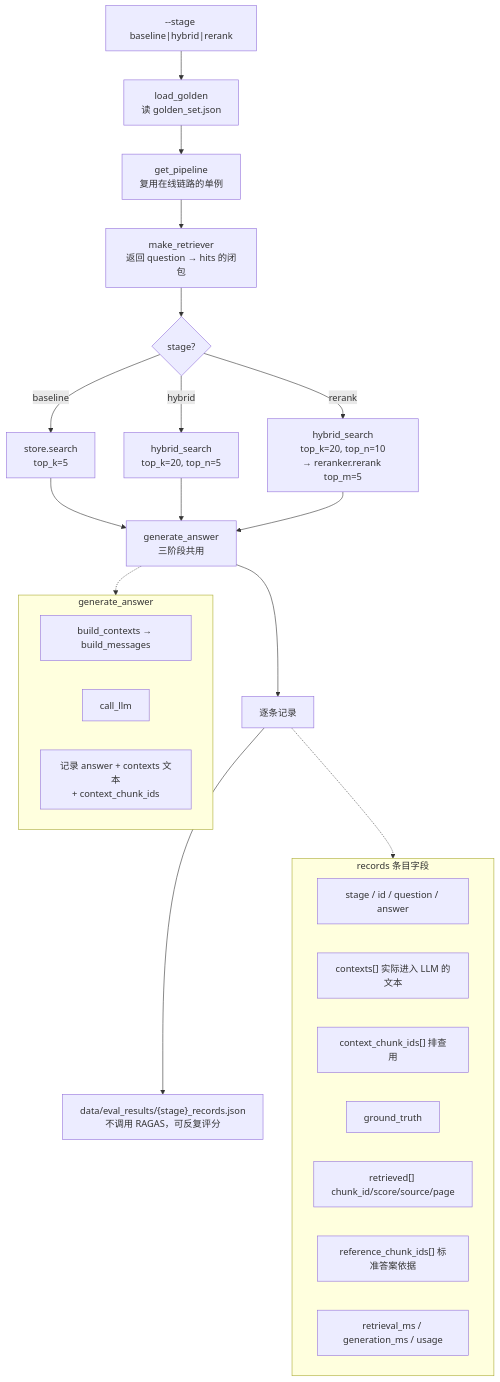
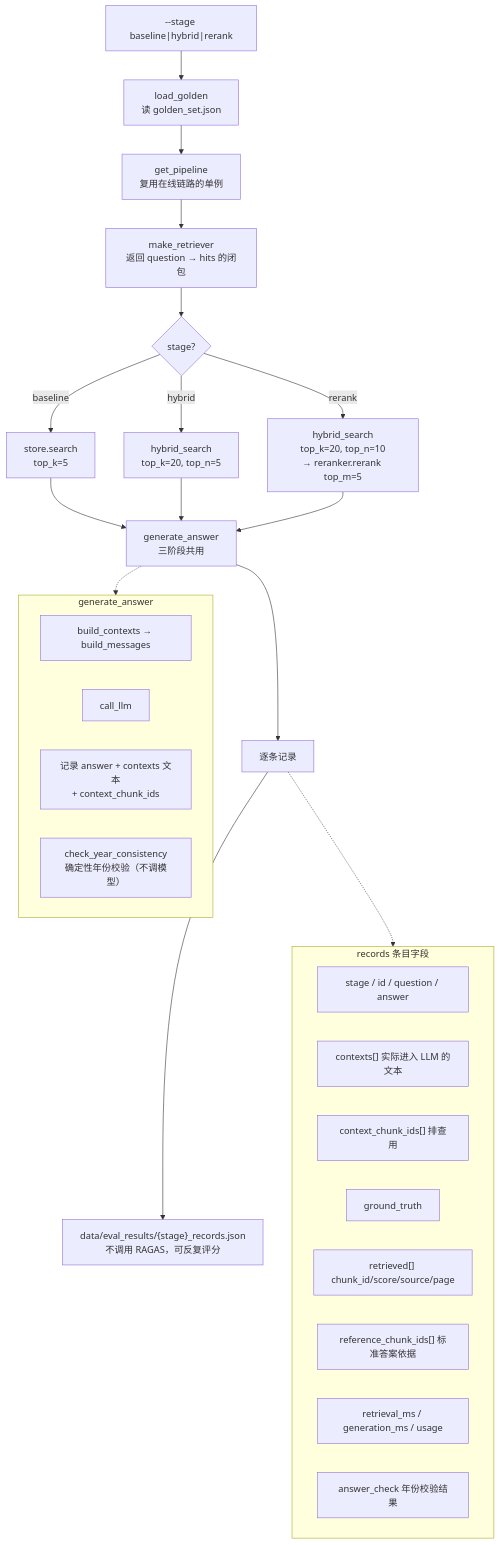
The ninth of 12 diagrams in backend/docs/执行流程.md (gyk1030/hybrid-rag-eval), drawn with Mermaid before and after one commit. The commit also changed other lines of this file and 3 other files, not shown here.

````diff
--- a/backend/docs/执行流程.md
+++ b/backend/docs/执行流程.md
@@ -470,36 +470,38 @@
 ```mermaid
 flowchart TD
     A["--stage baseline|hybrid|rerank"] --> B["load_golden<br/>读 golden_set.json"]
     B --> C["get_pipeline<br/>复用在线链路的单例"]
     C --> D["make_retriever<br/>返回 question → hits 的闭包"]
 
     D --> E{"stage?"}
     E -->|baseline| F["store.search<br/>top_k=5"]
     E -->|hybrid| G["hybrid_search<br/>top_k=20, top_n=5"]
     E -->|rerank| H["hybrid_search<br/>top_k=20, top_n=10<br/>→ reranker.rerank top_m=5"]
 
     F --> I["generate_answer<br/>三阶段共用"]
     G --> I
     H --> I
 
     subgraph GA["generate_answer"]
         I1["build_contexts → build_messages"]
         I2["call_llm"]
         I3["记录 answer + contexts 文本<br/>+ context_chunk_ids"]
+        I4["check_year_consistency<br/>确定性年份校验（不调模型）"]
     end
     I -.-> GA
 
     I --> J["逐条记录"]
     subgraph REC["records 条目字段"]
         J1["stage / id / question / answer"]
         J2["contexts[] 实际进入 LLM 的文本"]
         J3["context_chunk_ids[] 排查用"]
         J4["ground_truth"]
         J5["retrieved[] chunk_id/score/source/page"]
         J6["reference_chunk_ids[] 标准答案依据"]
         J7["retrieval_ms / generation_ms / usage"]
+        J8["answer_check 年份校验结果"]
     end
     J -.-> REC
 
     J --> K["data/eval_results/{stage}_records.json<br/>不调用 RAGAS，可反复评分"]
 ```
````
